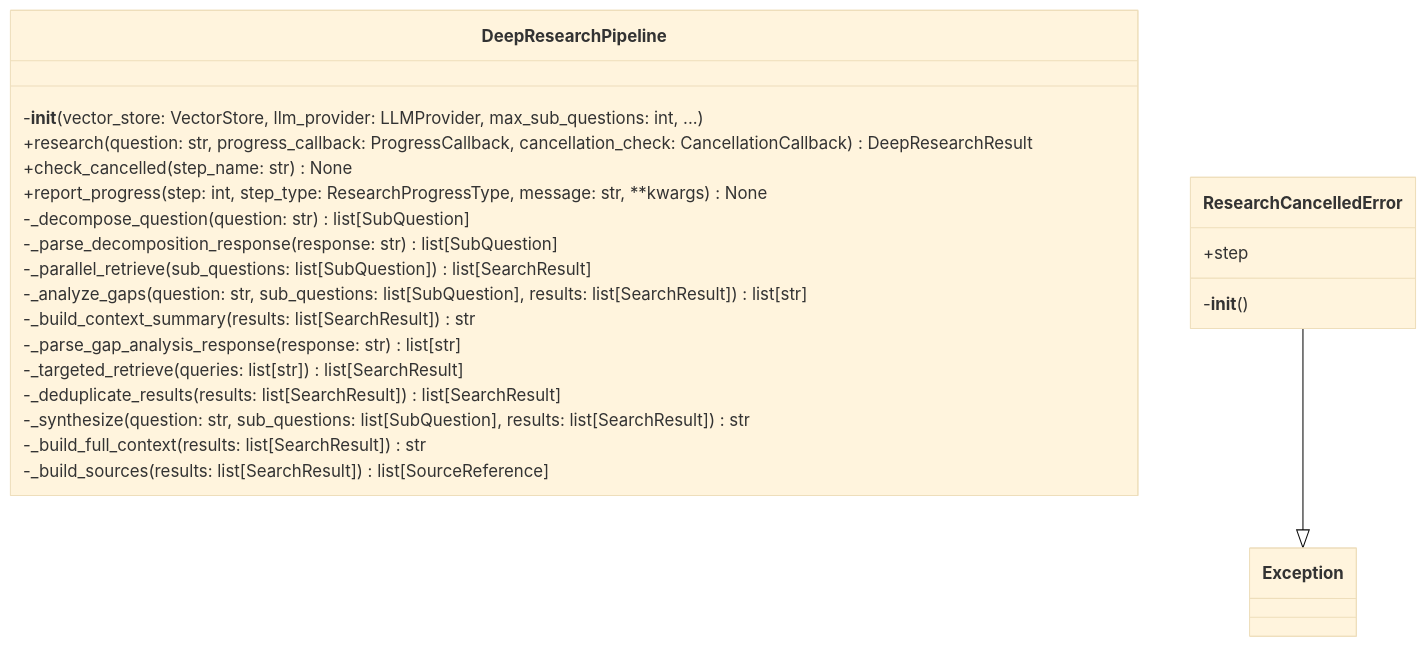
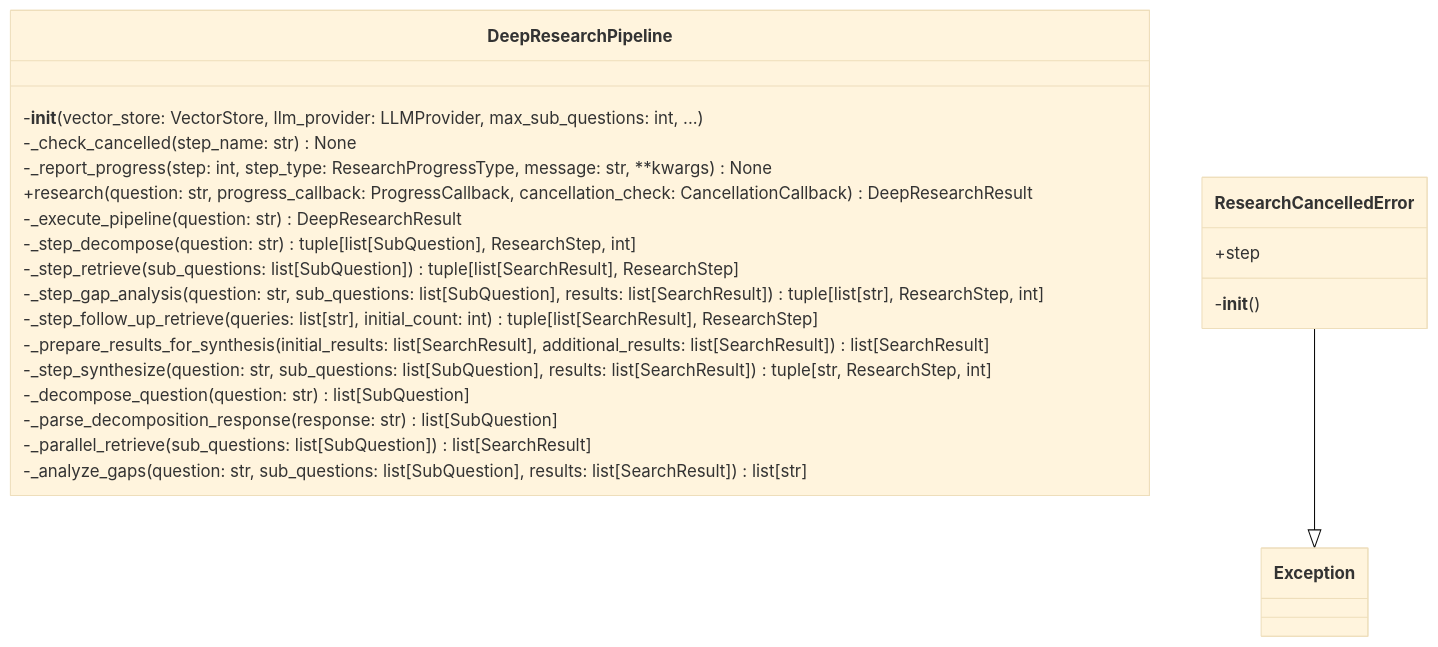
One commit to UrbanDiver/local-deepwiki-mcp changed the first of 2 diagrams in .deepwiki/files/src/local_deepwiki/core/deep_research.md. Above: the diagram before and after it, drawn with Mermaid (base theme). The commit also changed other lines of this file and 77 other files, not shown here.

````diff
--- a/.deepwiki/files/src/local_deepwiki/core/deep_research.md
+++ b/.deepwiki/files/src/local_deepwiki/core/deep_research.md
@@ -171,25 +134,25 @@
 ```mermaid
 classDiagram
     class DeepResearchPipeline {
         -__init__(vector_store: VectorStore, llm_provider: LLMProvider, max_sub_questions: int, ...)
+        -_check_cancelled(step_name: str) None
+        -_report_progress(step: int, step_type: ResearchProgressType, message: str, **kwargs) None
         +research(question: str, progress_callback: ProgressCallback, cancellation_check: CancellationCallback) DeepResearchResult
-        +check_cancelled(step_name: str) None
-        +report_progress(step: int, step_type: ResearchProgressType, message: str, **kwargs) None
+        -_execute_pipeline(question: str) DeepResearchResult
+        -_step_decompose(question: str) tuple[list[SubQuestion], ResearchStep, int]
+        -_step_retrieve(sub_questions: list[SubQuestion]) tuple[list[SearchResult], ResearchStep]
+        -_step_gap_analysis(question: str, sub_questions: list[SubQuestion], results: list[SearchResult]) tuple[list[str], ResearchStep, int]
+        -_step_follow_up_retrieve(queries: list[str], initial_count: int) tuple[list[SearchResult], ResearchStep]
+        -_prepare_results_for_synthesis(initial_results: list[SearchResult], additional_results: list[SearchResult]) list[SearchResult]
+        -_step_synthesize(question: str, sub_questions: list[SubQuestion], results: list[SearchResult]) tuple[str, ResearchStep, int]
         -_decompose_question(question: str) list[SubQuestion]
         -_parse_decomposition_response(response: str) list[SubQuestion]
         -_parallel_retrieve(sub_questions: list[SubQuestion]) list[SearchResult]
         -_analyze_gaps(question: str, sub_questions: list[SubQuestion], results: list[SearchResult]) list[str]
-        -_build_context_summary(results: list[SearchResult]) str
-        -_parse_gap_analysis_response(response: str) list[str]
-        -_targeted_retrieve(queries: list[str]) list[SearchResult]
-        -_deduplicate_results(results: list[SearchResult]) list[SearchResult]
-        -_synthesize(question: str, sub_questions: list[SubQuestion], results: list[SearchResult]) str
-        -_build_full_context(results: list[SearchResult]) str
-        -_build_sources(results: list[SearchResult]) list[SourceReference]
     }
     class ResearchCancelledError {
         +step
         -__init__()
     }
     ResearchCancelledError --|> Exception
 ```
````
